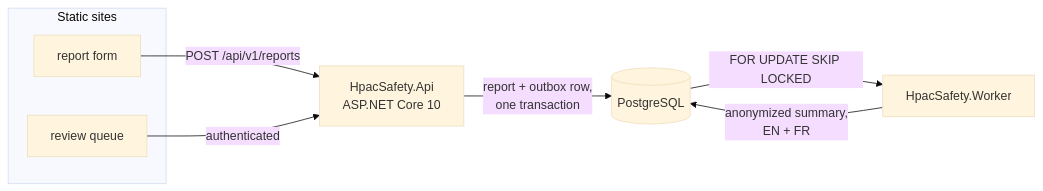
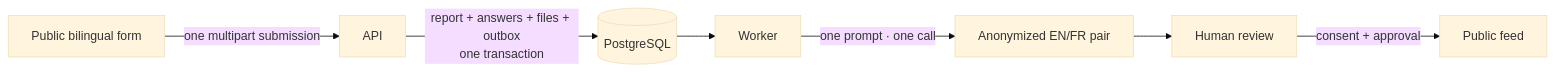
One commit to HPAC-Safety/safety-report changed the diagram in README.md. Above: the diagram before and after it, drawn with Mermaid (base theme). The commit also changed other lines of this file and 104 other files, not shown here.

````diff
--- a/README.md
+++ b/README.md
@@ -19,17 +22,9 @@
 ```mermaid
 flowchart LR
-    subgraph static["Static sites"]
-        pub["report form"]
-        adm["review queue"]
-    end
-
-    api["HpacSafety.Api<br/>ASP.NET Core 10"]
-    db[("PostgreSQL")]
-    worker["HpacSafety.Worker"]
-
-    pub -->|"POST /api/v1/reports"| api
-    adm -->|"authenticated"| api
-    api -->|"report + outbox row,<br/>one transaction"| db
-    db -->|"FOR UPDATE SKIP LOCKED"| worker
-    worker -->|"anonymized summary,<br/>EN + FR"| db
+    form["Public bilingual form"] -->|"one multipart submission"| api["API"]
+    api -->|"report + answers + files + outbox\none transaction"| db[("PostgreSQL")]
+    db --> worker["Worker"]
+    worker -->|"one prompt · one call"| pair["Anonymized EN/FR pair"]
+    pair --> review["Human review"]
+    review -->|"consent + approval"| public["Public feed"]
 ```
````
